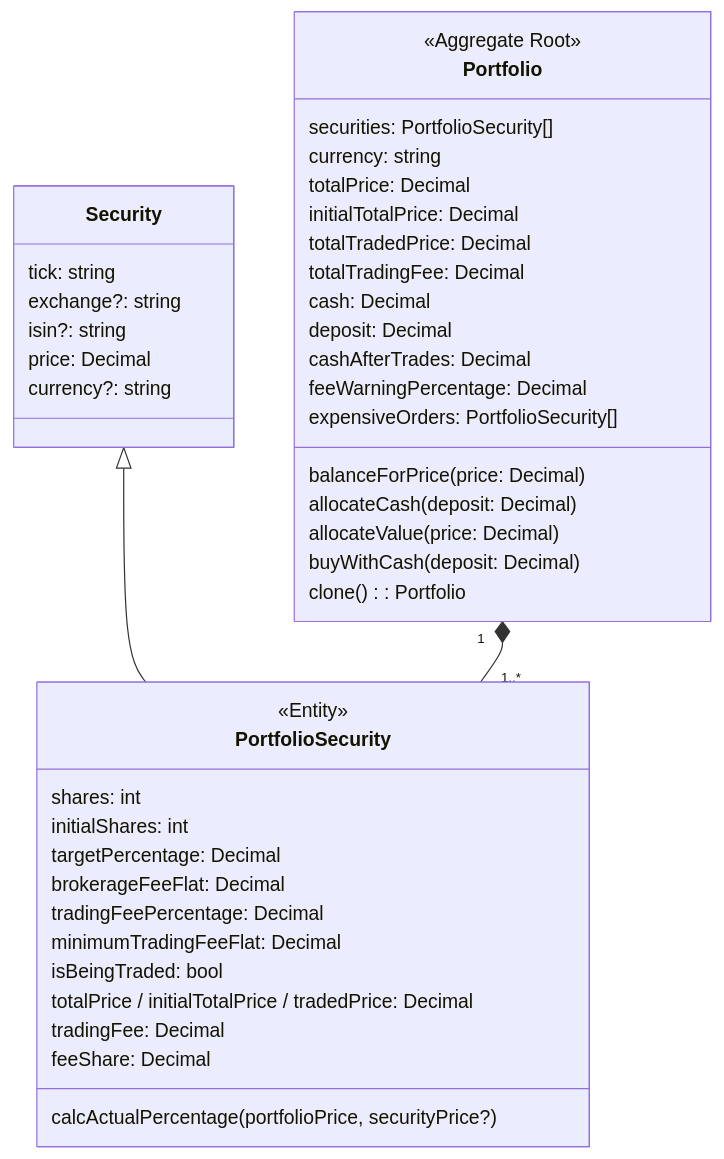
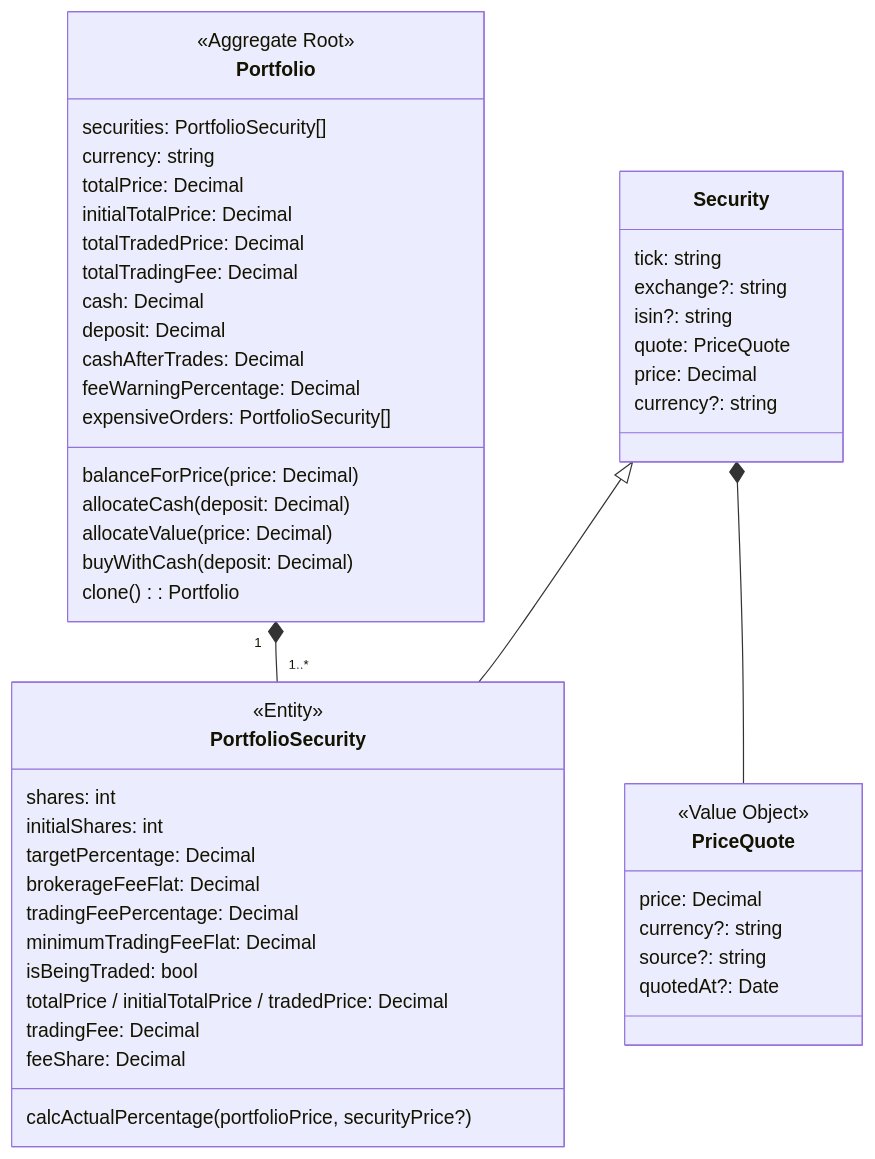
The second of 2 diagrams in docs/domain/README.md (armaaar/stock-calc), drawn with Mermaid before and after one commit. The commit also changed 32 other files, not shown here.

Commit message:
feat: record each price's source and time and prefer sources in order

````diff
--- a/docs/domain/README.md
+++ b/docs/domain/README.md
@@ -63,45 +63,54 @@
 ```mermaid
 classDiagram
   class Portfolio {
     <<Aggregate Root>>
     securities: PortfolioSecurity[]
     currency: string
     totalPrice: Decimal
     initialTotalPrice: Decimal
     totalTradedPrice: Decimal
     totalTradingFee: Decimal
     cash: Decimal
     deposit: Decimal
     cashAfterTrades: Decimal
     feeWarningPercentage: Decimal
     expensiveOrders: PortfolioSecurity[]
     balanceForPrice(price: Decimal)
     allocateCash(deposit: Decimal)
     allocateValue(price: Decimal)
     buyWithCash(deposit: Decimal)
     clone(): Portfolio
   }
   class Security {
     tick: string
     exchange?: string
     isin?: string
+    quote: PriceQuote
     price: Decimal
     currency?: string
+  }
+  class PriceQuote {
+    <<Value Object>>
+    price: Decimal
+    currency?: string
+    source?: string
+    quotedAt?: Date
   }
   class PortfolioSecurity {
     <<Entity>>
     shares: int
     initialShares: int
     targetPercentage: Decimal
     brokerageFeeFlat: Decimal
     tradingFeePercentage: Decimal
     minimumTradingFeeFlat: Decimal
     isBeingTraded: bool
     totalPrice / initialTotalPrice / tradedPrice: Decimal
     tradingFee: Decimal
     feeShare: Decimal
     calcActualPercentage(portfolioPrice, securityPrice?)
   }
   Security <|-- PortfolioSecurity
+  Security *-- PriceQuote
   Portfolio "1" *-- "1..*" PortfolioSecurity
 ```
````
